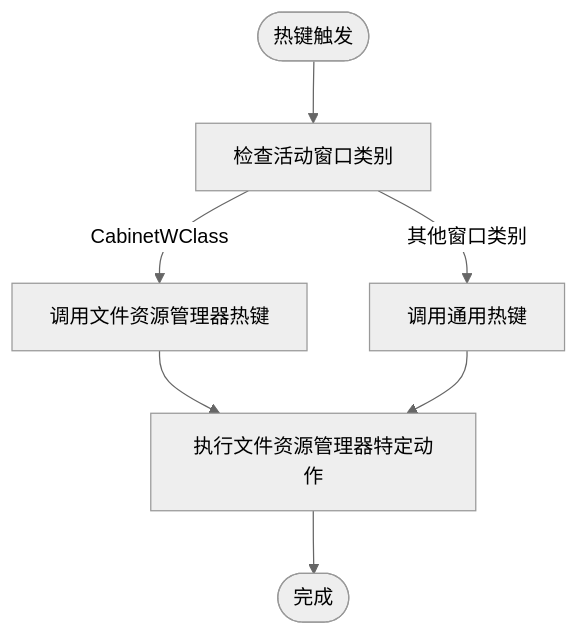
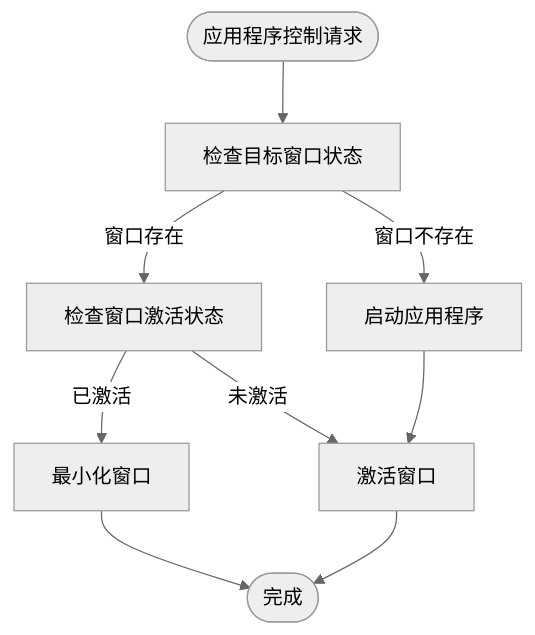
One commit to wangys-123doit/hotkey changed the fourth of 9 diagrams in .qoder/repowiki/zh/content/核心功能/热键管理系统.md. Above: the diagram before and after it, drawn with Mermaid (neutral theme). The commit also changed other lines of this file and 5 other files, not shown here.

````diff
--- a/.qoder/repowiki/zh/content/核心功能/热键管理系统.md
+++ b/.qoder/repowiki/zh/content/核心功能/热键管理系统.md
@@ -121,9 +152,11 @@
 ```mermaid
 flowchart TD
-Start(["热键触发"]) --> CheckCategory["检查活动窗口类别"]
-CheckCategory --> |CabinetWClass| ExplorerHotkeys["调用文件资源管理器热键"]
-CheckCategory --> |其他窗口类别| GeneralHotkeys["调用通用热键"]
-ExplorerHotkeys --> ExecAction["执行文件资源管理器特定动作"]
-GeneralHotkeys --> ExecAction
-ExecAction --> End(["完成"])
+Start(["应用程序控制请求"]) --> CheckWindow["检查目标窗口状态"]
+CheckWindow --> |窗口存在| CheckActive["检查窗口激活状态"]
+CheckWindow --> |窗口不存在| LaunchApp["启动应用程序"]
+CheckActive --> |已激活| MinimizeWindow["最小化窗口"]
+CheckActive --> |未激活| ActivateWindow["激活窗口"]
+LaunchApp --> ActivateWindow
+ActivateWindow --> End(["完成"])
+MinimizeWindow --> End
 ```
````
